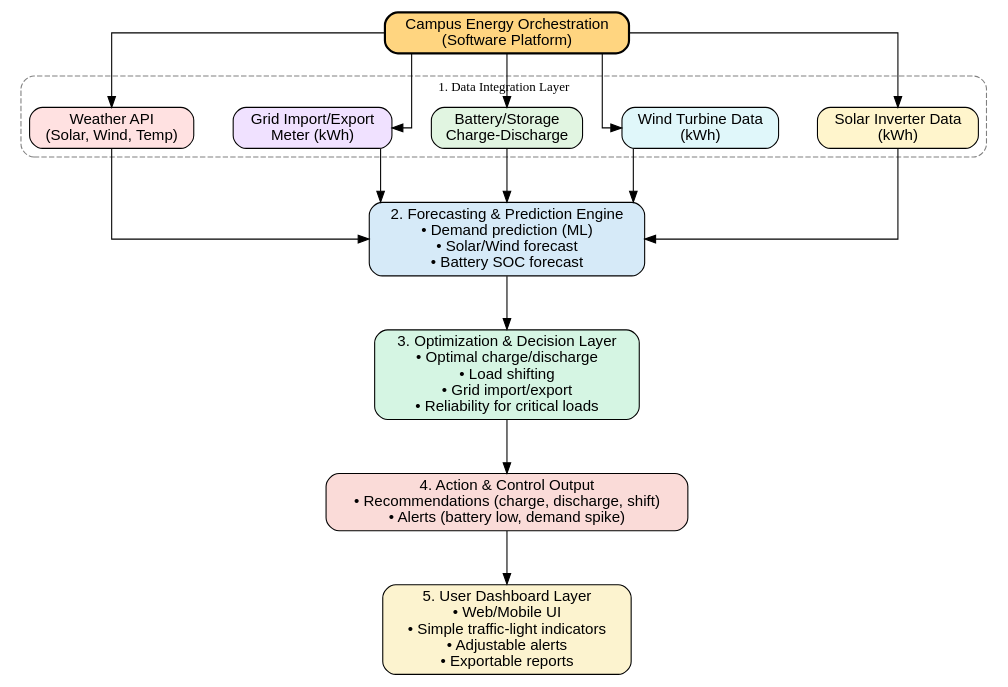
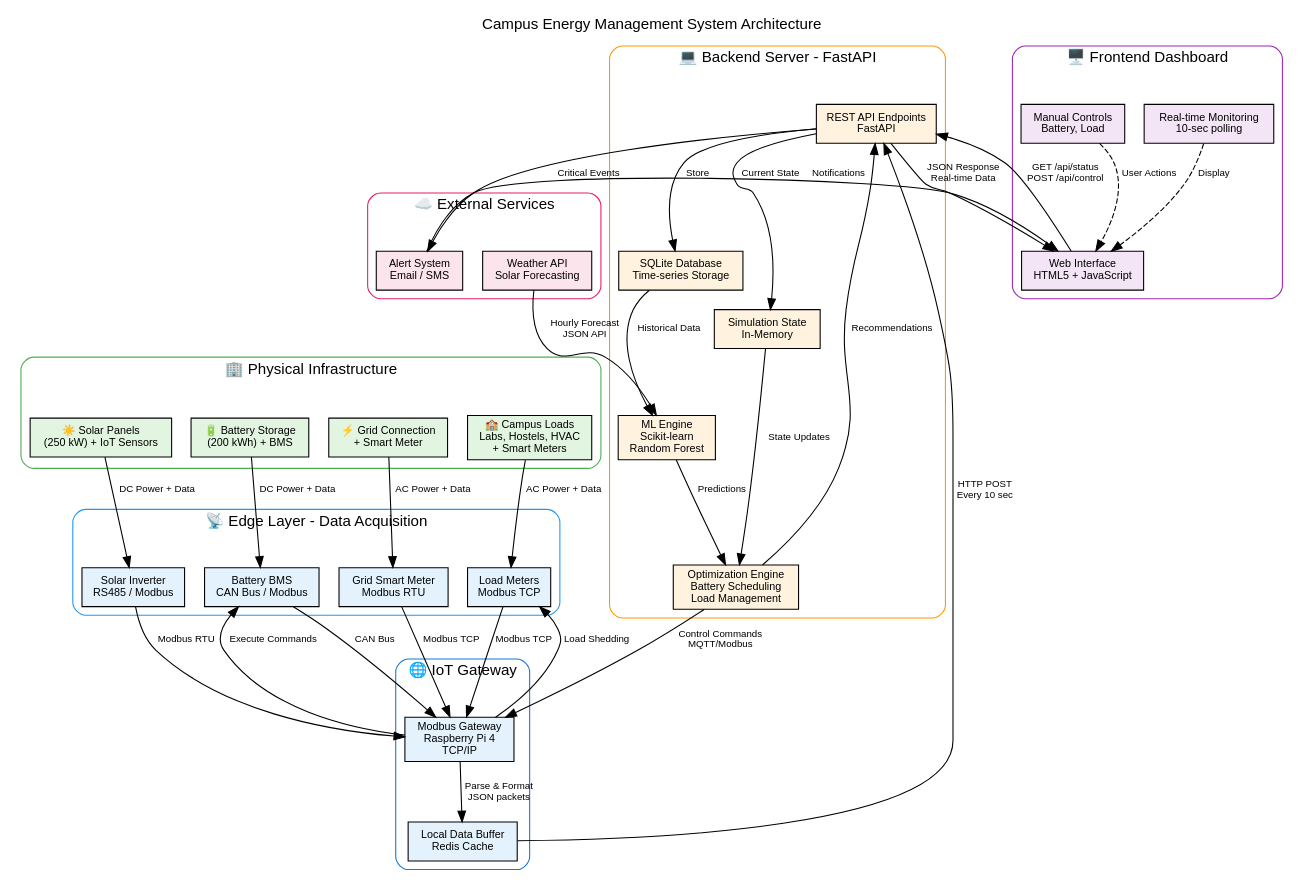
The diagram in ps2.dot (R00t2Kill/test_site), drawn with Graphviz before and after one commit. The commit also changed 5 other files, not shown here.

```diff
--- a/ps2.dot
+++ b/ps2.dot
@@ -1,48 +1,140 @@
-digraph EnergyOrchestration {
+digraph PS2 {
+
+    // =====================================================
+    // General Graph Settings
+    // =====================================================
     rankdir=TB;
-    fontsize=12;
-    splines=ortho;
-    nodesep=0.5;
-    ranksep=0.7;
+    labelloc="t";
+    label="Campus Energy Management System Architecture";
+    fontsize=14;
+    fontname="Helvetica";
 
-    node [shape=box, style="rounded,filled", color=black, fontname="Helvetica"];
+    node [shape=box style=filled fontname="Helvetica" fontsize=10];
+    edge [fontname="Helvetica" fontsize=9];
 
-    Start [label="Campus Energy Orchestration\n(Software Platform)", fillcolor="#FFD580", style="rounded,filled,bold"];
+    // =====================================================
+    // PHYSICAL INFRASTRUCTURE
+    // =====================================================
+    subgraph cluster_physical {
+        label = "🏢 Physical Infrastructure";
+        color = "#4CAF50";
+        style = "rounded";
 
-    subgraph cluster_inputs {
-        label="1. Data Integration Layer";
-        style="rounded,dashed";
-        color=gray;
-
-        Solar [label="Solar Inverter Data\n(kWh)", fillcolor="#FFF5CC"];
-        Wind [label="Wind Turbine Data\n(kWh)", fillcolor="#E0F7FA"];
-        Battery [label="Battery/Storage\nCharge-Discharge", fillcolor="#E1F5E1"];
-        Grid [label="Grid Import/Export\nMeter (kWh)", fillcolor="#F0E1FF"];
-        Weather [label="Weather API\n(Solar, Wind, Temp)", fillcolor="#FFE1E1"];
+        Solar   [label="☀️ Solar Panels\n(250 kW) + IoT Sensors", fillcolor="#e1f5e1"];
+        Battery [label="🔋 Battery Storage\n(200 kWh) + BMS", fillcolor="#e1f5e1"];
+        Grid    [label="⚡ Grid Connection\n+ Smart Meter", fillcolor="#e1f5e1"];
+        Loads   [label="🏫 Campus Loads\nLabs, Hostels, HVAC\n+ Smart Meters", fillcolor="#e1f5e1"];
     }
 
-    Forecast [label="2. Forecasting & Prediction Engine\n• Demand prediction (ML)\n• Solar/Wind forecast\n• Battery SOC forecast", fillcolor="#D6EAF8"];
+    // =====================================================
+    // EDGE LAYER
+    // =====================================================
+    subgraph cluster_edge {
+        label = "📡 Edge Layer - Data Acquisition";
+        color = "#2196F3";
+        style = "rounded";
 
-    Optimizer [label="3. Optimization & Decision Layer\n• Optimal charge/discharge\n• Load shifting\n• Grid import/export\n• Reliability for critical loads", fillcolor="#D5F5E3"];
+        SolarInv    [label="Solar Inverter\nRS485 / Modbus", fillcolor="#e3f2fd"];
+        BatteryBMS  [label="Battery BMS\nCAN Bus / Modbus", fillcolor="#e3f2fd"];
+        GridMeter   [label="Grid Smart Meter\nModbus RTU", fillcolor="#e3f2fd"];
+        LoadMeters  [label="Load Meters\nModbus TCP", fillcolor="#e3f2fd"];
+    }
 
-    Actions [label="4. Action & Control Output\n• Recommendations (charge, discharge, shift)\n• Alerts (battery low, demand spike)", fillcolor="#FADBD8"];
+    // =====================================================
+    // IOT GATEWAY
+    // =====================================================
+    subgraph cluster_gateway {
+        label = "🌐 IoT Gateway";
+        color = "#1976D2";
+        style = "rounded";
 
-    Dashboard [label="5. User Dashboard Layer\n• Web/Mobile UI\n• Simple traffic-light indicators\n• Adjustable alerts\n• Exportable reports", fillcolor="#FCF3CF"];
+        ModbusGW   [label="Modbus Gateway\nRaspberry Pi 4\nTCP/IP", fillcolor="#e3f2fd"];
+        DataBuffer [label="Local Data Buffer\nRedis Cache", fillcolor="#e3f2fd"];
+    }
 
-    # Edges
-    Start -> Solar;
-    Start -> Wind;
-    Start -> Battery;
-    Start -> Grid;
-    Start -> Weather;
+    // =====================================================
+    // BACKEND SERVER
+    // =====================================================
+    subgraph cluster_backend {
+        label = "💻 Backend Server - FastAPI";
+        color = "#FF9800";
+        style = "rounded";
 
-    Solar -> Forecast;
-    Wind -> Forecast;
-    Battery -> Forecast;
-    Grid -> Forecast;
-    Weather -> Forecast;
+        API        [label="REST API Endpoints\nFastAPI", fillcolor="#fff3e0"];
+        DB         [label="SQLite Database\nTime-series Storage", fillcolor="#fff3e0"];
+        ML         [label="ML Engine\nScikit-learn\nRandom Forest", fillcolor="#fff3e0"];
+        Optimizer  [label="Optimization Engine\nBattery Scheduling\nLoad Management", fillcolor="#fff3e0"];
+        SimState   [label="Simulation State\nIn-Memory", fillcolor="#fff3e0"];
+    }
 
-    Forecast -> Optimizer;
-    Optimizer -> Actions;
-    Actions -> Dashboard;
+    // =====================================================
+    // FRONTEND DASHBOARD
+    // =====================================================
+    subgraph cluster_frontend {
+        label = "🖥️ Frontend Dashboard";
+        color = "#9C27B0";
+        style = "rounded";
+
+        WebUI     [label="Web Interface\nHTML5 + JavaScript", fillcolor="#f3e5f5"];
+        RealTime  [label="Real-time Monitoring\n10-sec polling", fillcolor="#f3e5f5"];
+        Controls  [label="Manual Controls\nBattery, Load", fillcolor="#f3e5f5"];
+    }
+
+    // =====================================================
+    // EXTERNAL SERVICES
+    // =====================================================
+    subgraph cluster_external {
+        label = "☁️ External Services";
+        color = "#E91E63";
+        style = "rounded";
+
+        Weather [label="Weather API\nSolar Forecasting", fillcolor="#fce4ec"];
+        Alerts  [label="Alert System\nEmail / SMS", fillcolor="#fce4ec"];
+    }
+
+    // =====================================================
+    // CONNECTIONS
+    // =====================================================
+
+    // Physical → Edge
+    Solar   -> SolarInv   [label="DC Power + Data"];
+    Battery -> BatteryBMS [label="DC Power + Data"];
+    Grid    -> GridMeter  [label="AC Power + Data"];
+    Loads   -> LoadMeters [label="AC Power + Data"];
+
+    // Edge → Gateway
+    SolarInv   -> ModbusGW [label="Modbus RTU"];
+    BatteryBMS -> ModbusGW [label="CAN Bus"];
+    GridMeter  -> ModbusGW [label="Modbus TCP"];
+    LoadMeters -> ModbusGW [label="Modbus TCP"];
+
+    // Gateway processing
+    ModbusGW   -> DataBuffer [label="Parse & Format\nJSON packets"];
+    DataBuffer -> API        [label="HTTP POST\nEvery 10 sec"];
+
+    // Backend processing
+    API       -> DB         [label="Store"];
+    DB        -> ML         [label="Historical Data"];
+    ML        -> Optimizer  [label="Predictions"];
+    API       -> SimState   [label="Current State"];
+    SimState  -> Optimizer  [label="State Updates"];
+    Optimizer -> API        [label="Recommendations"];
+
+    // Weather Integration
+    Weather -> ML [label="Hourly Forecast\nJSON API"];
+
+    // Frontend Interaction
+    WebUI    -> API [label="GET /api/status\nPOST /api/control"];
+    API      -> WebUI [label="JSON Response\nReal-time Data"];
+    RealTime -> WebUI [style=dashed label="Display"];
+    Controls -> WebUI [style=dashed label="User Actions"];
+
+    // Control Loop
+    Optimizer  -> ModbusGW   [label="Control Commands\nMQTT/Modbus"];
+    ModbusGW   -> BatteryBMS [label="Execute Commands"];
+    ModbusGW   -> LoadMeters [label="Load Shedding"];
+
+    // Alerts
+    API    -> Alerts [label="Critical Events"];
+    Alerts -> WebUI  [label="Notifications"];
 }
```
